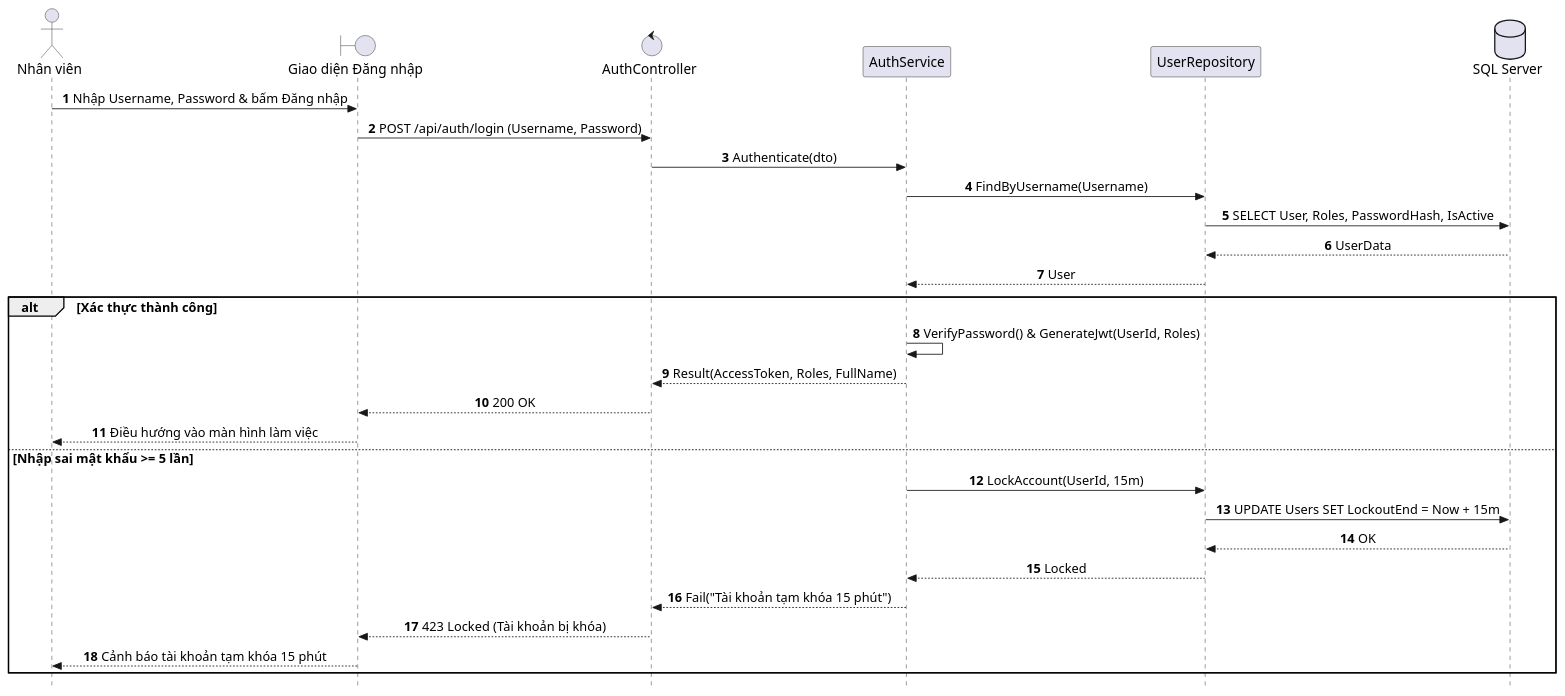
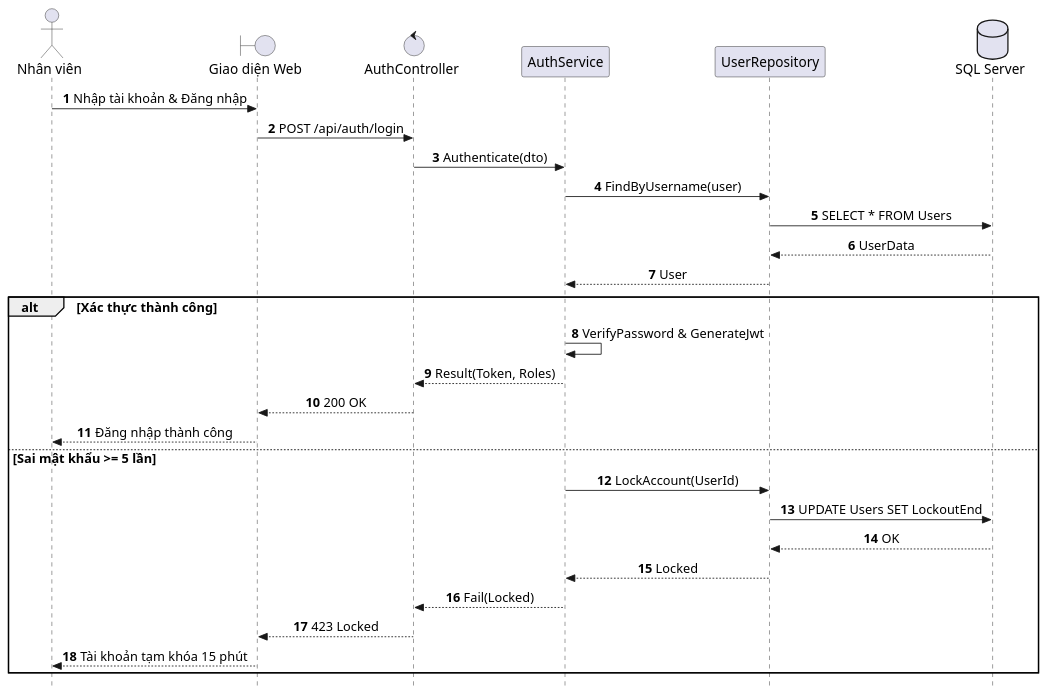
Before and after one commit to AndrewQng/VinDining: the diagram in docs/use-cases/UC-E5_Dang_Nhap_Va_Xac_Thuc.md, drawn with PlantUML. The commit also changed other lines of this file and 87 other files, not shown here.

Commit message:
docs: add phase 1 use case specifications, sequence diagrams, and architecture diagrams

````diff
--- a/docs/use-cases/UC-E5_Dang_Nhap_Va_Xac_Thuc.md
+++ b/docs/use-cases/UC-E5_Dang_Nhap_Va_Xac_Thuc.md
@@ -1,45 +27,45 @@
 ```plantuml
 @startuml SD_UC_E5_Staff_Authentication
 autonumber
 skinparam style strictuml
 skinparam sequenceMessageAlign center
 skinparam responseMessageBelowArrow true
 skinparam defaultFontName "Segoe UI", Arial, sans-serif
 skinparam defaultFontSize 16
 skinparam sequenceActorFontSize 16
 skinparam sequenceParticipantFontSize 16
 skinparam sequenceArrowFontSize 15
 skinparam sequenceGroupFontSize 15
 skinparam sequenceGroupHeaderFontSize 15
 
 actor "Nhân viên" as Staff
-boundary "Giao diện Đăng nhập" as UI
+boundary "Giao diện Web" as UI
 control "AuthController" as Controller
 participant "AuthService" as Service
 participant "UserRepository" as Repo
 database "SQL Server" as DB
 
-Staff -> UI: Nhập Username, Password & bấm Đăng nhập
-UI -> Controller: POST /api/auth/login (Username, Password)
+Staff -> UI: Nhập tài khoản & Đăng nhập
+UI -> Controller: POST /api/auth/login
 Controller -> Service: Authenticate(dto)
-Service -> Repo: FindByUsername(Username)
-Repo -> DB: SELECT User, Roles, PasswordHash, IsActive
+Service -> Repo: FindByUsername(user)
+Repo -> DB: SELECT * FROM Users
 DB --> Repo: UserData
 Repo --> Service: User
 
 alt Xác thực thành công
-    Service -> Service: VerifyPassword() & GenerateJwt(UserId, Roles)
-    Service --> Controller: Result(AccessToken, Roles, FullName)
+    Service -> Service: VerifyPassword & GenerateJwt
+    Service --> Controller: Result(Token, Roles)
     Controller --> UI: 200 OK
-    UI --> Staff: Điều hướng vào màn hình làm việc
-else Nhập sai mật khẩu >= 5 lần
-    Service -> Repo: LockAccount(UserId, 15m)
-    Repo -> DB: UPDATE Users SET LockoutEnd = Now + 15m
+    UI --> Staff: Đăng nhập thành công
+else Sai mật khẩu >= 5 lần
+    Service -> Repo: LockAccount(UserId)
+    Repo -> DB: UPDATE Users SET LockoutEnd
     DB --> Repo: OK
     Repo --> Service: Locked
-    Service --> Controller: Fail("Tài khoản tạm khóa 15 phút")
-    Controller --> UI: 423 Locked (Tài khoản bị khóa)
-    UI --> Staff: Cảnh báo tài khoản tạm khóa 15 phút
+    Service --> Controller: Fail(Locked)
+    Controller --> UI: 423 Locked
+    UI --> Staff: Tài khoản tạm khóa 15 phút
 end
 @enduml
 ```
````
